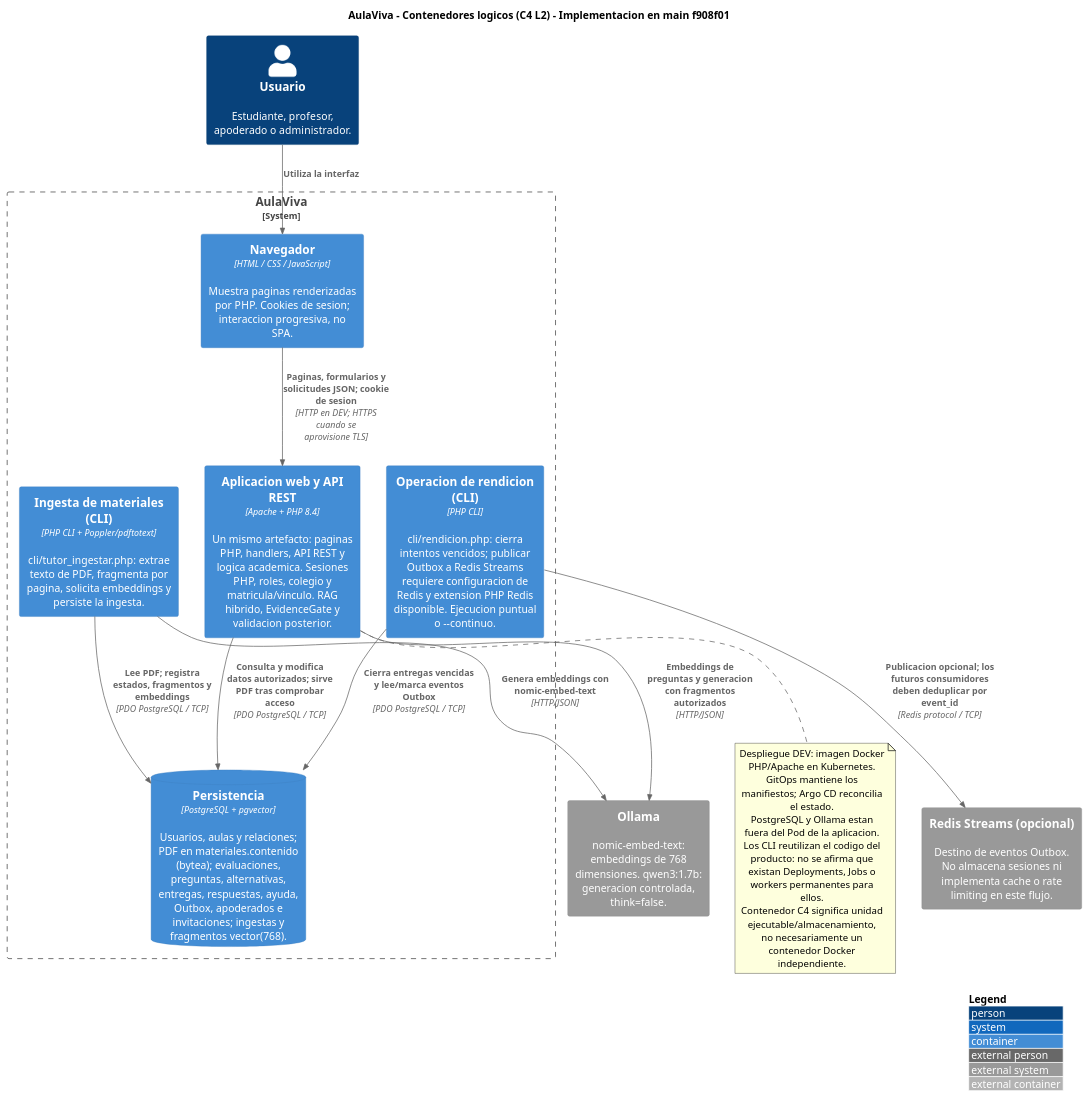
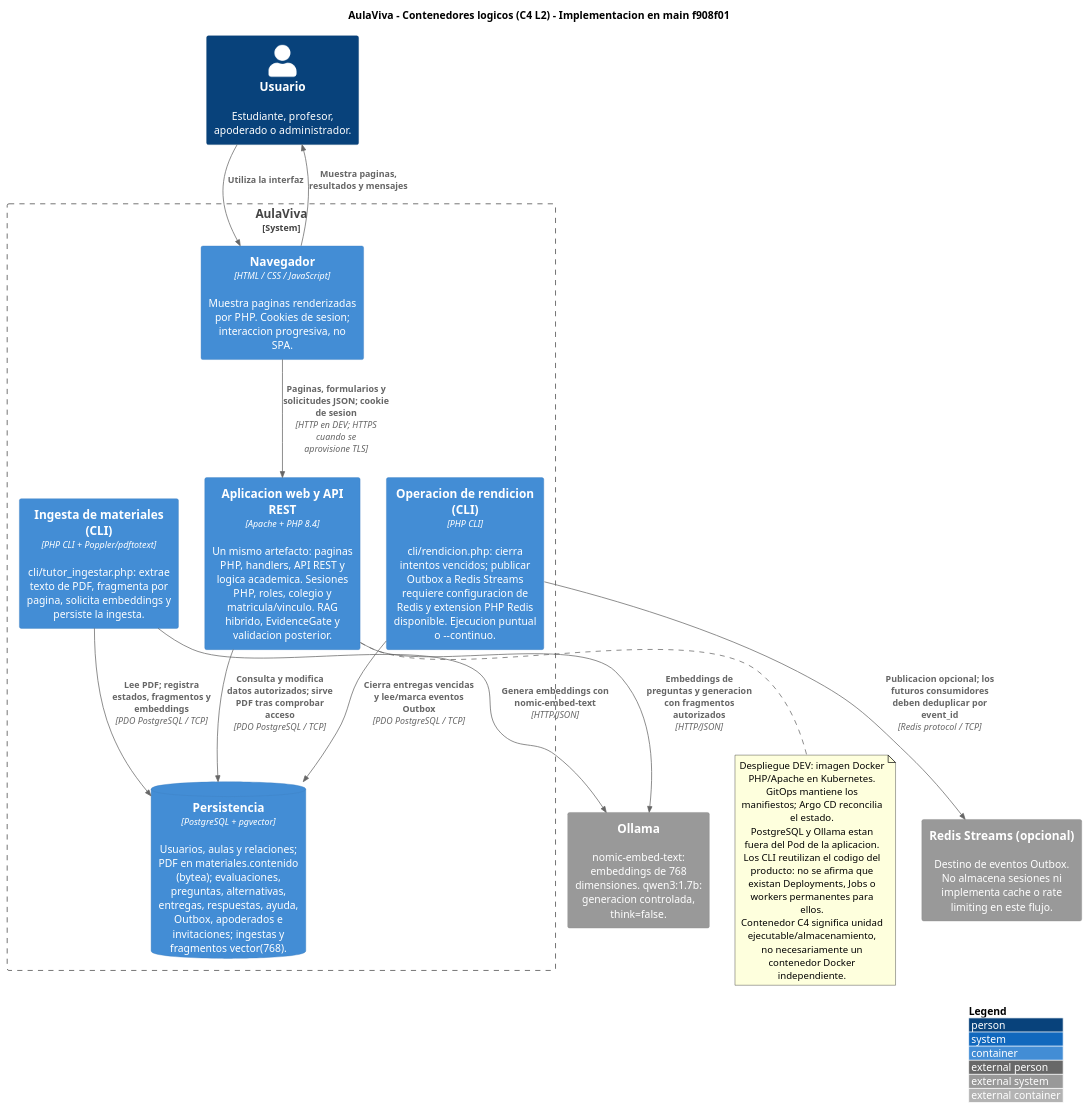
One commit to KulkatPOP/Equipo-AulaViva- changed the diagram in docs/c4/l2-container.puml. Above: the diagram before and after it, drawn with PlantUML.

Commit message:
Add relationships between components in container diagram

```diff
--- a/docs/c4/l2-container.puml
+++ b/docs/c4/l2-container.puml
@@ -1,39 +1,40 @@
 @startuml C4_Nivel2_Contenedores
 !include https://raw.githubusercontent.com/plantuml-stdlib/C4-PlantUML/master/C4_Container.puml
 
 LAYOUT_WITH_LEGEND()
 
 title AulaViva - Contenedores logicos (C4 L2) - Implementacion en main f908f01
 
 Person(usuario, "Usuario", "Estudiante, profesor, apoderado o administrador.")
 System_Ext(ollama, "Ollama", "nomic-embed-text: embeddings de 768 dimensiones. qwen3:1.7b: generacion controlada, think=false.")
 System_Ext(redis, "Redis Streams (opcional)", "Destino de eventos Outbox. No almacena sesiones ni implementa cache o rate limiting en este flujo.")
 
 System_Boundary(producto, "AulaViva") {
     Container(navegador, "Navegador", "HTML / CSS / JavaScript", "Muestra paginas renderizadas por PHP. Cookies de sesion; interaccion progresiva, no SPA.")
     Container(web, "Aplicacion web y API REST", "Apache + PHP 8.4", "Un mismo artefacto: paginas PHP, handlers, API REST y logica academica. Sesiones PHP, roles, colegio y matricula/vinculo. RAG hibrido, EvidenceGate y validacion posterior.")
     Container(ingesta, "Ingesta de materiales (CLI)", "PHP CLI + Poppler/pdftotext", "cli/tutor_ingestar.php: extrae texto de PDF, fragmenta por pagina, solicita embeddings y persiste la ingesta.")
     Container(rendicion, "Operacion de rendicion (CLI)", "PHP CLI", "cli/rendicion.php: cierra intentos vencidos; publicar Outbox a Redis Streams requiere configuracion de Redis y extension PHP Redis disponible. Ejecucion puntual o --continuo.")
     ContainerDb(db, "Persistencia", "PostgreSQL + pgvector", "Usuarios, aulas y relaciones; PDF en materiales.contenido (bytea); evaluaciones, preguntas, alternativas, entregas, respuestas, ayuda, Outbox, apoderados e invitaciones; ingestas y fragmentos vector(768).")
 }
 
 Rel(usuario, navegador, "Utiliza la interfaz")
+Rel(navegador, usuario, "Muestra paginas, resultados y mensajes")
 Rel(navegador, web, "Paginas, formularios y solicitudes JSON; cookie de sesion", "HTTP en DEV; HTTPS cuando se aprovisione TLS")
 Rel(web, db, "Consulta y modifica datos autorizados; sirve PDF tras comprobar acceso", "PDO PostgreSQL / TCP")
 Rel(web, ollama, "Embeddings de preguntas y generacion con fragmentos autorizados", "HTTP/JSON")
 Rel(ingesta, db, "Lee PDF; registra estados, fragmentos y embeddings", "PDO PostgreSQL / TCP")
 Rel(ingesta, ollama, "Genera embeddings con nomic-embed-text", "HTTP/JSON")
 Rel(rendicion, db, "Cierra entregas vencidas y lee/marca eventos Outbox", "PDO PostgreSQL / TCP")
 Rel(rendicion, redis, "Publicacion opcional; los futuros consumidores deben deduplicar por event_id", "Redis protocol / TCP")
 
 note bottom of web
   Despliegue DEV: imagen Docker PHP/Apache en Kubernetes.
   GitOps mantiene los manifiestos; Argo CD reconcilia el estado.
   PostgreSQL y Ollama estan fuera del Pod de la aplicacion.
   Los CLI reutilizan el codigo del producto: no se afirma que
   existan Deployments, Jobs o workers permanentes para ellos.
   Contenedor C4 significa unidad ejecutable/almacenamiento,
   no necesariamente un contenedor Docker independiente.
 end note
 
 @enduml
```
